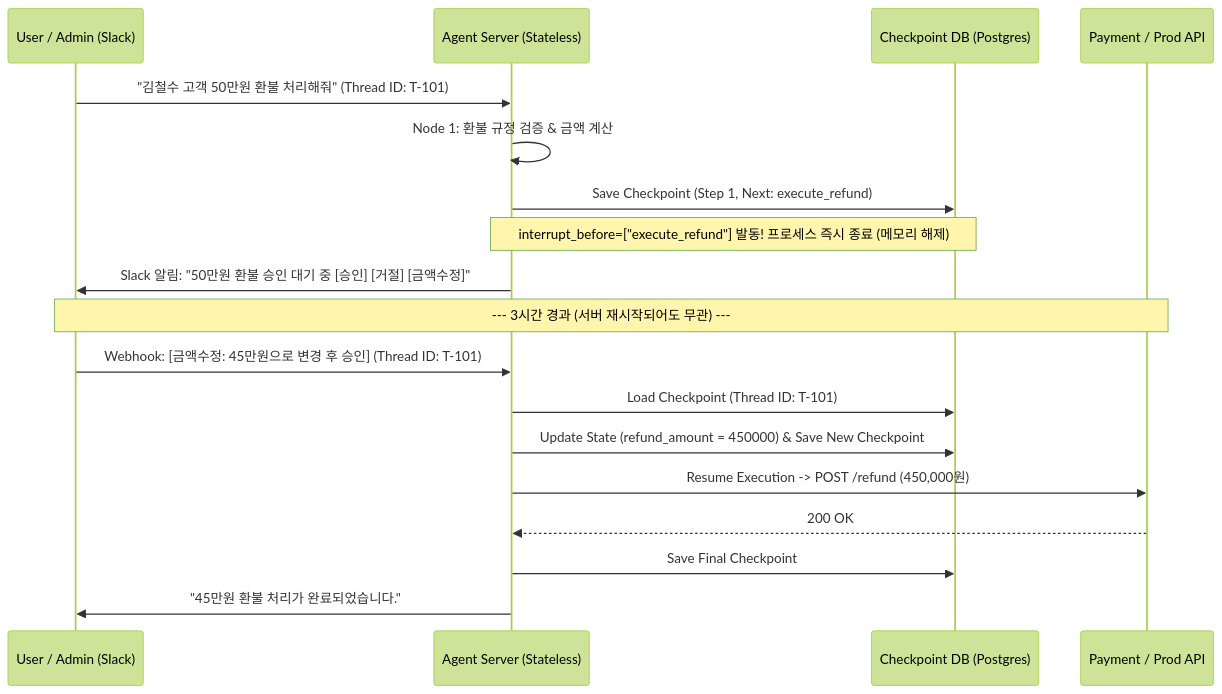
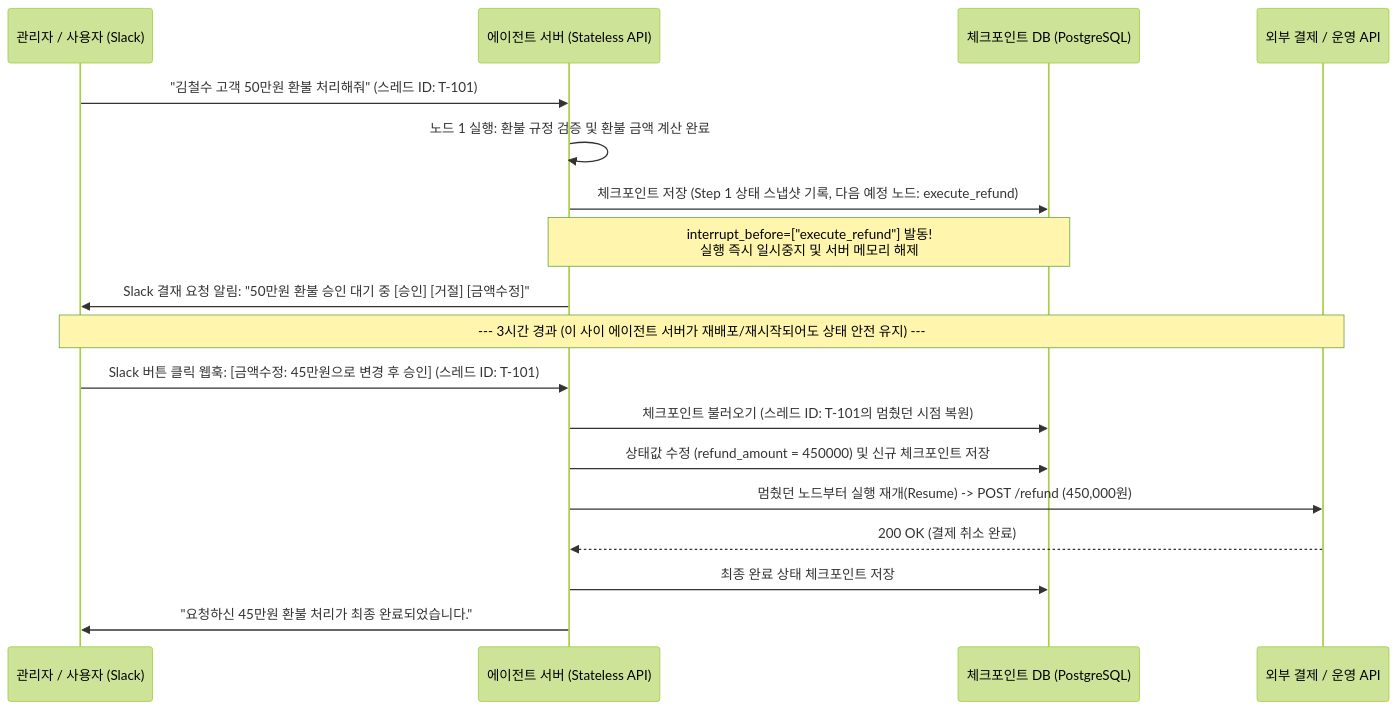
One commit to HashCitrine/scrap changed the second of 2 diagrams in ai/agentic.md. Above: the diagram before and after it, drawn with Mermaid (forest theme). The commit also changed other lines of this file, not shown here.

````diff
--- a/ai/agentic.md
+++ b/ai/agentic.md
@@ -313,23 +332,23 @@
 ```mermaid
 sequenceDiagram
-    participant U as User / Admin (Slack)
-    participant API as Agent Server (Stateless)
-    participant DB as Checkpoint DB (Postgres)
-    participant Ext as Payment / Prod API
+    participant U as 관리자 / 사용자 (Slack)
+    participant API as 에이전트 서버 (Stateless API)
+    participant DB as 체크포인트 DB (PostgreSQL)
+    participant Ext as 외부 결제 / 운영 API
 
-    U->>API: "김철수 고객 50만원 환불 처리해줘" (Thread ID: T-101)
-    API->>API: Node 1: 환불 규정 검증 & 금액 계산
-    API->>DB: Save Checkpoint (Step 1, Next: execute_refund)
-    Note over API,DB: interrupt_before=["execute_refund"] 발동! 프로세스 즉시 종료 (메모리 해제)
-    API->>U: Slack 알림: "50만원 환불 승인 대기 중 [승인] [거절] [금액수정]"
+    U->>API: "김철수 고객 50만원 환불 처리해줘" (스레드 ID: T-101)
+    API->>API: 노드 1 실행: 환불 규정 검증 및 환불 금액 계산 완료
+    API->>DB: 체크포인트 저장 (Step 1 상태 스냅샷 기록, 다음 예정 노드: execute_refund)
+    Note over API,DB: interrupt_before=["execute_refund"] 발동!<br/>실행 즉시 일시중지 및 서버 메모리 해제
+    API->>U: Slack 결재 요청 알림: "50만원 환불 승인 대기 중 [승인] [거절] [금액수정]"
     
-    Note over U,Ext: --- 3시간 경과 (서버 재시작되어도 무관) ---
+    Note over U,Ext: --- 3시간 경과 (이 사이 에이전트 서버가 재배포/재시작되어도 상태 안전 유지) ---
     
-    U->>API: Webhook: [금액수정: 45만원으로 변경 후 승인] (Thread ID: T-101)
-    API->>DB: Load Checkpoint (Thread ID: T-101)
-    API->>DB: Update State (refund_amount = 450000) & Save New Checkpoint
-    API->>Ext: Resume Execution -> POST /refund (450,000원)
-    Ext-->>API: 200 OK
-    API->>DB: Save Final Checkpoint
-    API->>U: "45만원 환불 처리가 완료되었습니다."
+    U->>API: Slack 버튼 클릭 웹훅: [금액수정: 45만원으로 변경 후 승인] (스레드 ID: T-101)
+    API->>DB: 체크포인트 불러오기 (스레드 ID: T-101의 멈췄던 시점 복원)
+    API->>DB: 상태값 수정 (refund_amount = 450000) 및 신규 체크포인트 저장
+    API->>Ext: 멈췄던 노드부터 실행 재개(Resume) -> POST /refund (450,000원)
+    Ext-->>API: 200 OK (결제 취소 완료)
+    API->>DB: 최종 완료 상태 체크포인트 저장
+    API->>U: "요청하신 45만원 환불 처리가 최종 완료되었습니다."
 ```
````
